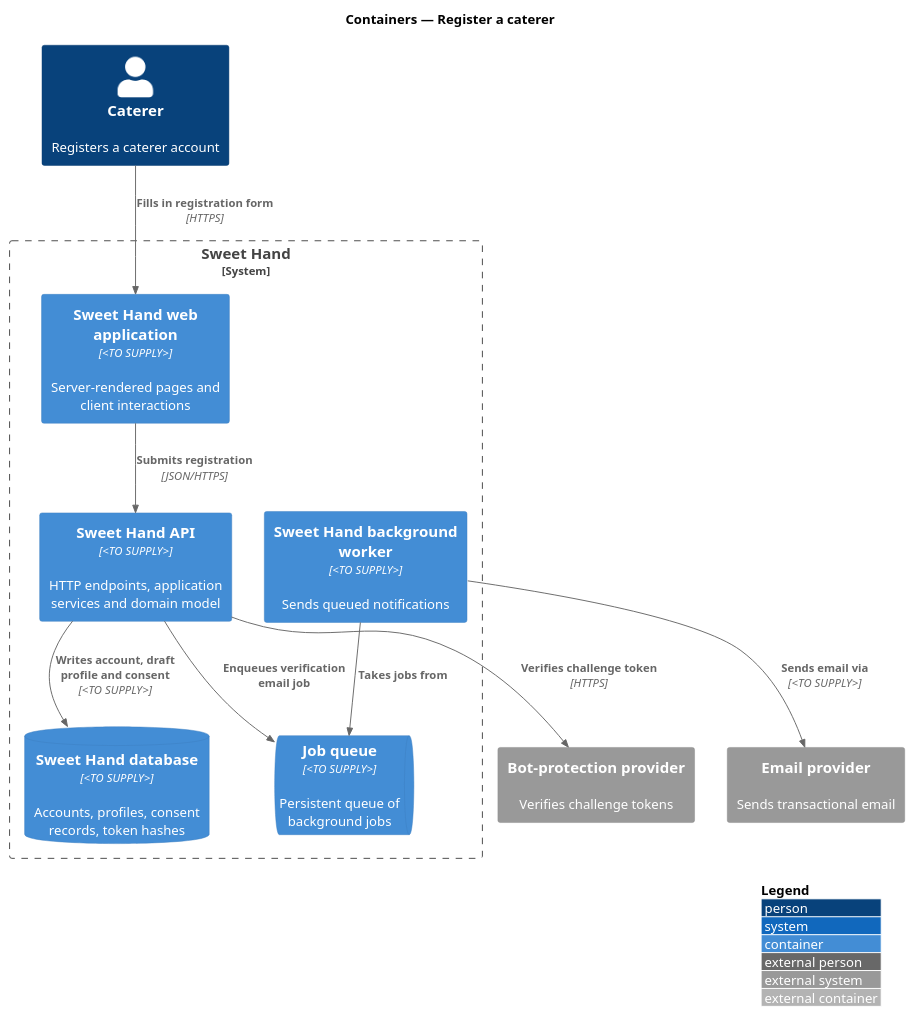
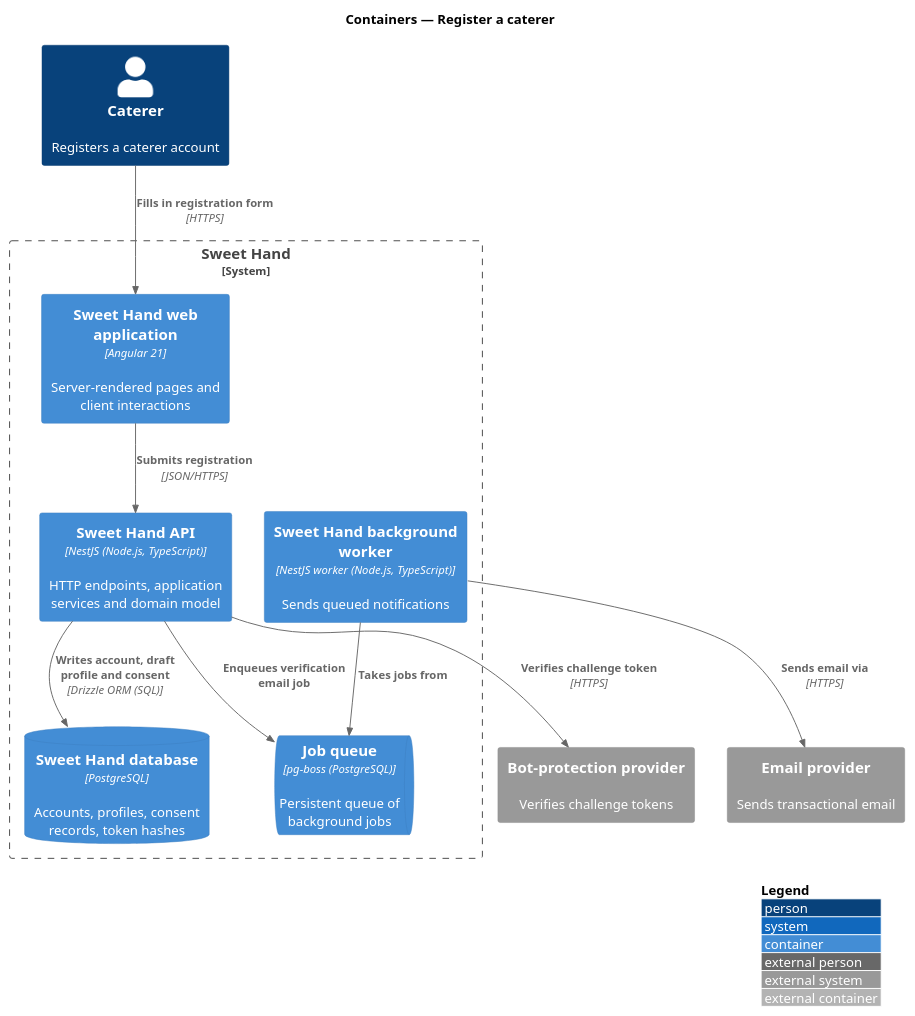
One commit to QuinntyneBrown/sweet-hand changed the diagram in docs/detailed-designs/caterer-profiles/register-caterer/diagrams/c4-container.puml. Above: the diagram before and after it, drawn with PlantUML. The commit also changed 42 other files, not shown here.

```diff
--- a/docs/detailed-designs/caterer-profiles/register-caterer/diagrams/c4-container.puml
+++ b/docs/detailed-designs/caterer-profiles/register-caterer/diagrams/c4-container.puml
@@ -1,24 +1,24 @@
 @startuml
 !include <C4/C4_Container>
 LAYOUT_WITH_LEGEND()
 title Containers — Register a caterer
 
 Person(caterer, "Caterer", "Registers a caterer account")
 System_Boundary(sweethand, "Sweet Hand") {
-  Container(web, "Sweet Hand web application", "<TO SUPPLY>", "Server-rendered pages and client interactions")
-  Container(api, "Sweet Hand API", "<TO SUPPLY>", "HTTP endpoints, application services and domain model")
-  ContainerDb(db, "Sweet Hand database", "<TO SUPPLY>", "Accounts, profiles, consent records, token hashes")
-  ContainerQueue(queue, "Job queue", "<TO SUPPLY>", "Persistent queue of background jobs")
-  Container(worker, "Sweet Hand background worker", "<TO SUPPLY>", "Sends queued notifications")
+  Container(web, "Sweet Hand web application", "Angular 21", "Server-rendered pages and client interactions")
+  Container(api, "Sweet Hand API", "NestJS (Node.js, TypeScript)", "HTTP endpoints, application services and domain model")
+  ContainerDb(db, "Sweet Hand database", "PostgreSQL", "Accounts, profiles, consent records, token hashes")
+  ContainerQueue(queue, "Job queue", "pg-boss (PostgreSQL)", "Persistent queue of background jobs")
+  Container(worker, "Sweet Hand background worker", "NestJS worker (Node.js, TypeScript)", "Sends queued notifications")
 }
 System_Ext(bot, "Bot-protection provider", "Verifies challenge tokens")
 System_Ext(email, "Email provider", "Sends transactional email")
 
 Rel(caterer, web, "Fills in registration form", "HTTPS")
 Rel(web, api, "Submits registration", "JSON/HTTPS")
 Rel(api, bot, "Verifies challenge token", "HTTPS")
-Rel(api, db, "Writes account, draft profile and consent", "<TO SUPPLY>")
+Rel(api, db, "Writes account, draft profile and consent", "Drizzle ORM (SQL)")
 Rel(api, queue, "Enqueues verification email job")
 Rel(worker, queue, "Takes jobs from")
-Rel(worker, email, "Sends email via", "<TO SUPPLY>")
+Rel(worker, email, "Sends email via", "HTTPS")
 @enduml
```
